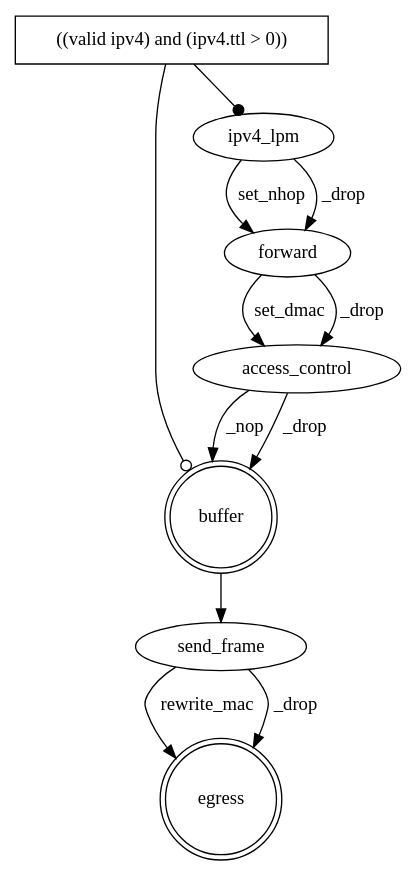
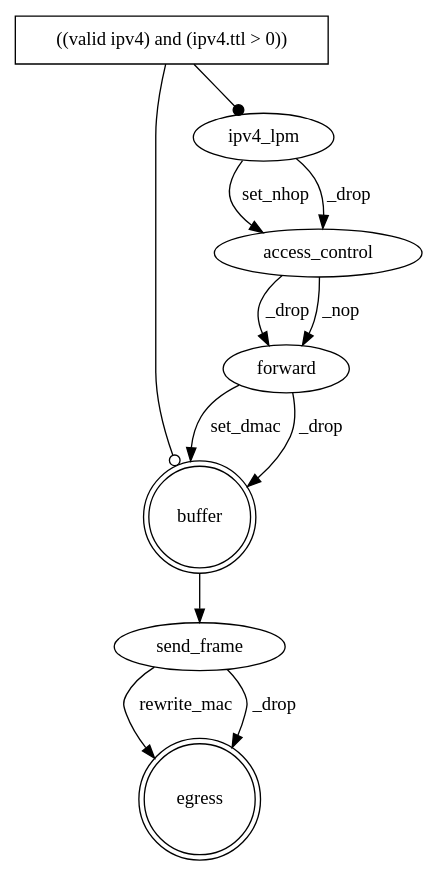
One commit to humbertogaliza/p4-acl changed the diagram in p4src/simple_router.tables.dot. Above: the diagram before and after it, drawn with Graphviz. The commit also changed 14 other files, not shown here.

```diff
--- a/p4src/simple_router.tables.dot
+++ b/p4src/simple_router.tables.dot
@@ -1,20 +1,20 @@
 digraph g {
    buffer [shape=doublecircle];
    egress [shape=doublecircle];
    _condition_0 [shape=box label="((valid ipv4) and (ipv4.ttl > 0))"];
    _condition_0 -> buffer [arrowhead=odot];
    _condition_0 -> ipv4_lpm [arrowhead=dot];
    ipv4_lpm [shape=ellipse];
-   ipv4_lpm -> forward [arrowhead=normal label="set_nhop"];
+   ipv4_lpm -> access_control [arrowhead=normal label="set_nhop"];
+   access_control [shape=ellipse];
+   access_control -> forward [arrowhead=normal label="_drop"];
    forward [shape=ellipse];
-   forward -> access_control [arrowhead=normal label="set_dmac"];
-   access_control [shape=ellipse];
-   access_control -> buffer [arrowhead=normal label="_nop"];
-   access_control -> buffer [arrowhead=normal label="_drop"];
-   forward -> access_control [arrowhead=normal label="_drop"];
-   ipv4_lpm -> forward [arrowhead=normal label="_drop"];
+   forward -> buffer [arrowhead=normal label="set_dmac"];
+   forward -> buffer [arrowhead=normal label="_drop"];
+   access_control -> forward [arrowhead=normal label="_nop"];
+   ipv4_lpm -> access_control [arrowhead=normal label="_drop"];
    buffer -> send_frame
    send_frame [shape=ellipse];
    send_frame -> egress [arrowhead=normal label="rewrite_mac"];
    send_frame -> egress [arrowhead=normal label="_drop"];
 }
```
